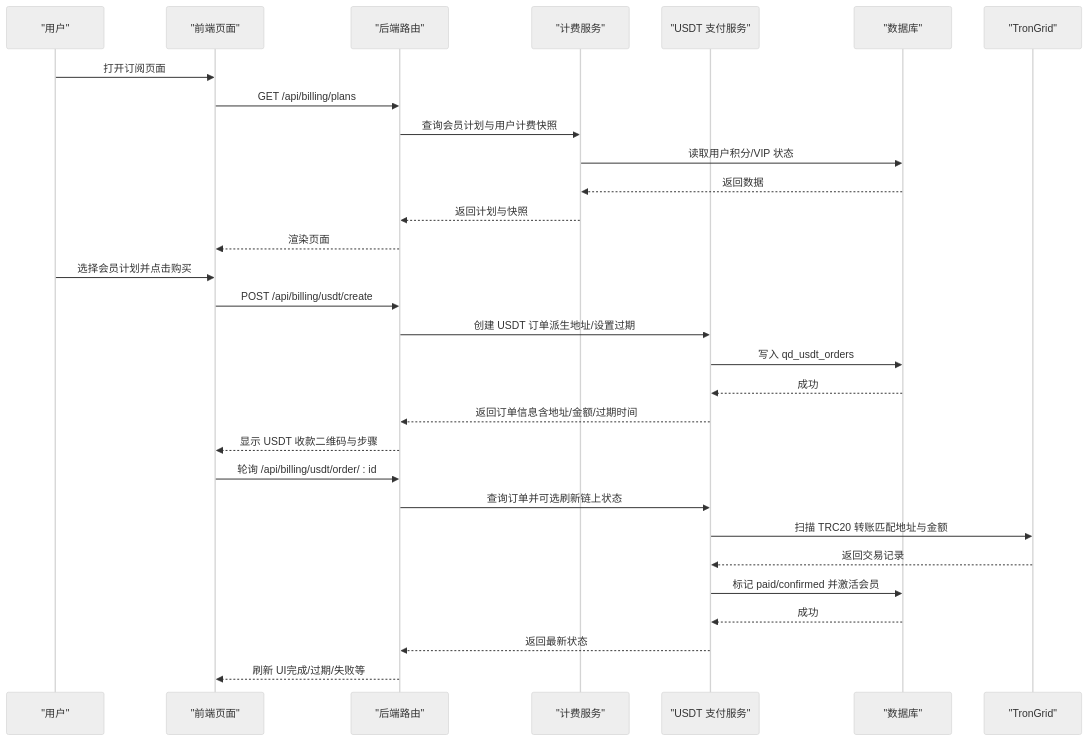
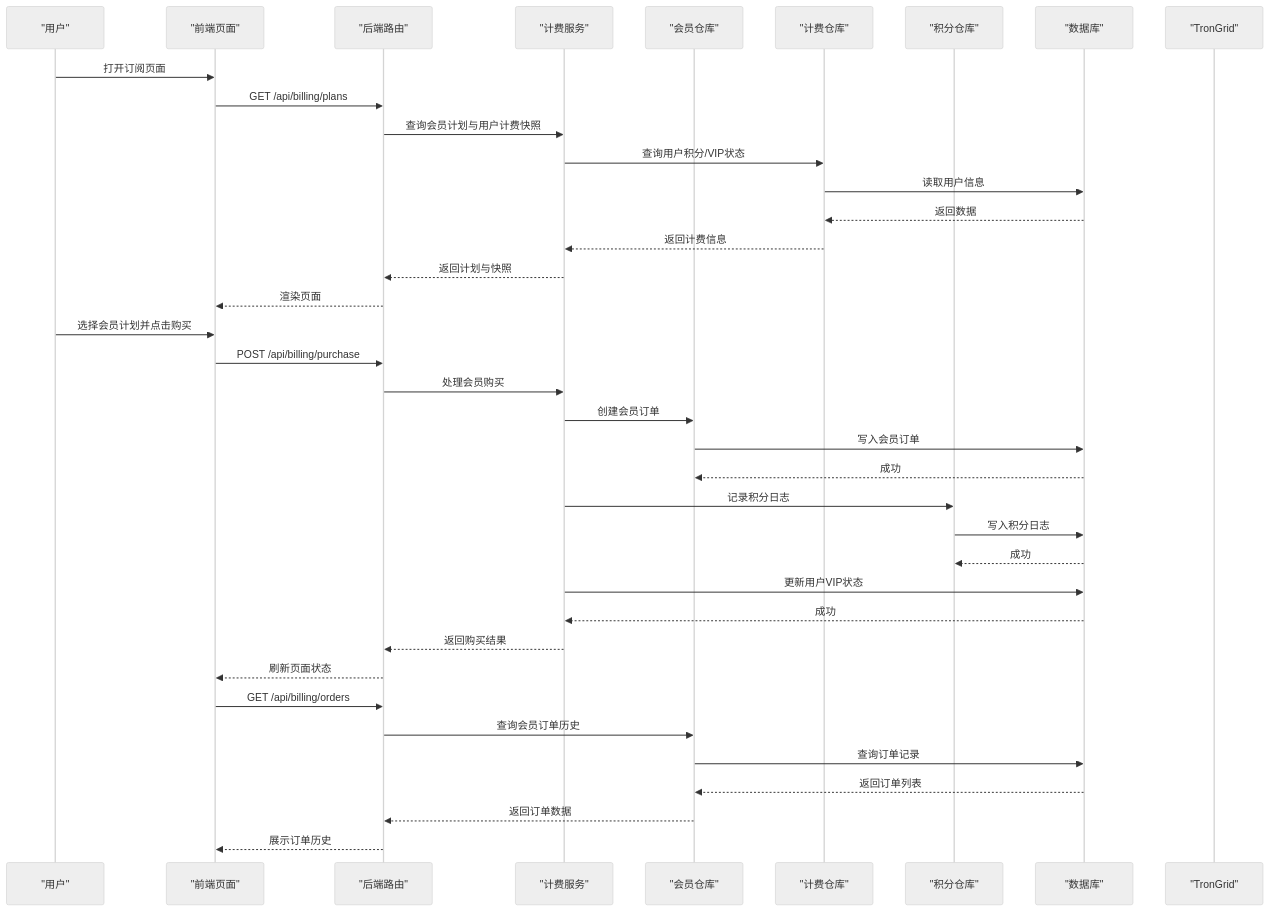
Before and after one commit to joezxh/QuantDinger: the second of 7 diagrams in .qoder/repowiki/zh/content/核心功能模块/用户管理与商业化/计费订阅系统.md, drawn with Mermaid (neutral theme). The commit also changed other lines of this file and 548 other files, not shown here.

````diff
--- a/.qoder/repowiki/zh/content/核心功能模块/用户管理与商业化/计费订阅系统.md
+++ b/.qoder/repowiki/zh/content/核心功能模块/用户管理与商业化/计费订阅系统.md
@@ -90,32 +125,40 @@
 ```mermaid
 sequenceDiagram
 participant U as "用户"
 participant FE as "前端页面"
 participant API as "后端路由"
 participant BS as "计费服务"
-participant USDT as "USDT 支付服务"
+participant MR as "会员仓库"
+participant BR as "计费仓库"
+participant CR as "积分仓库"
 participant DB as "数据库"
 participant TG as "TronGrid"
 U->>FE : 打开订阅页面
 FE->>API : GET /api/billing/plans
 API->>BS : 查询会员计划与用户计费快照
-BS->>DB : 读取用户积分/VIP 状态
-DB-->>BS : 返回数据
+BS->>BR : 查询用户积分/VIP状态
+BR->>DB : 读取用户信息
+DB-->>BR : 返回数据
+BR-->>BS : 返回计费信息
 BS-->>API : 返回计划与快照
 API-->>FE : 渲染页面
 U->>FE : 选择会员计划并点击购买
-FE->>API : POST /api/billing/usdt/create
-API->>USDT : 创建 USDT 订单派生地址/设置过期
-USDT->>DB : 写入 qd_usdt_orders
-DB-->>USDT : 成功
-USDT-->>API : 返回订单信息含地址/金额/过期时间
-API-->>FE : 显示 USDT 收款二维码与步骤
-FE->>API : 轮询 /api/billing/usdt/order/ : id
-API->>USDT : 查询订单并可选刷新链上状态
-USDT->>TG : 扫描 TRC20 转账匹配地址与金额
-TG-->>USDT : 返回交易记录
-USDT->>DB : 标记 paid/confirmed 并激活会员
-DB-->>USDT : 成功
-USDT-->>API : 返回最新状态
-API-->>FE : 刷新 UI完成/过期/失败等
+FE->>API : POST /api/billing/purchase
+API->>BS : 处理会员购买
+BS->>MR : 创建会员订单
+MR->>DB : 写入会员订单
+DB-->>MR : 成功
+BS->>CR : 记录积分日志
+CR->>DB : 写入积分日志
+DB-->>CR : 成功
+BS->>DB : 更新用户VIP状态
+DB-->>BS : 成功
+BS-->>API : 返回购买结果
+API-->>FE : 刷新页面状态
+FE->>API : GET /api/billing/orders
+API->>MR : 查询会员订单历史
+MR->>DB : 查询订单记录
+DB-->>MR : 返回订单列表
+MR-->>API : 返回订单数据
+API-->>FE : 展示订单历史
 ```
````
